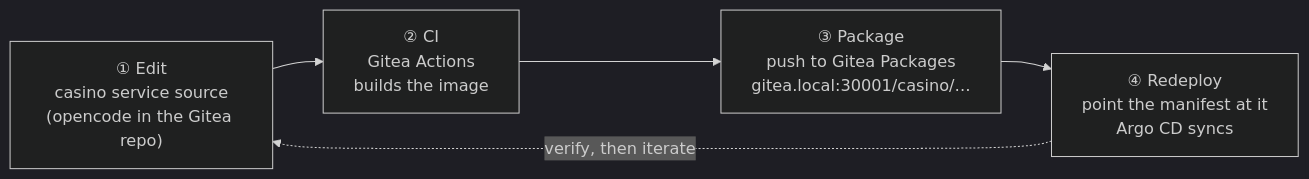
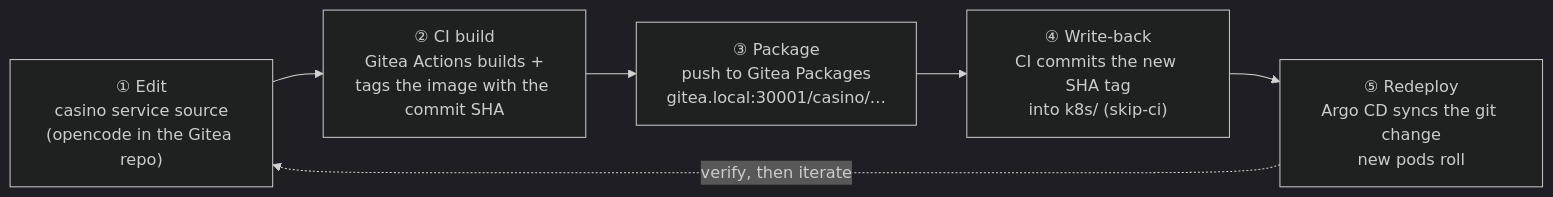
Before and after one commit to agardnerIT/Otel-Training: the diagram in docs-site/advanced/gitea-local-cicd.md, drawn with Mermaid (dark theme). The commit also changed other lines of this file and 2 other files, not shown here.

````diff
--- a/docs-site/advanced/gitea-local-cicd.md
+++ b/docs-site/advanced/gitea-local-cicd.md
@@ -23,9 +26,10 @@
 ```mermaid
 flowchart LR
   edit["① Edit<br/>casino service source<br/>(opencode in the Gitea repo)"]
-  ci["② CI<br/>Gitea Actions<br/>builds the image"]
+  ci["② CI build<br/>Gitea Actions builds +<br/>tags the image with the commit SHA"]
   pkg["③ Package<br/>push to Gitea Packages<br/>gitea.local:30001/casino/…"]
-  deploy["④ Redeploy<br/>point the manifest at it<br/>Argo CD syncs"]
-  edit --> ci --> pkg --> deploy
+  write["④ Write-back<br/>CI commits the new SHA tag<br/>into k8s/ (skip-ci)"]
+  deploy["⑤ Redeploy<br/>Argo CD syncs the git change<br/>new pods roll"]
+  edit --> ci --> pkg --> write --> deploy
   deploy -. "verify, then iterate" .-> edit
 ```
````
